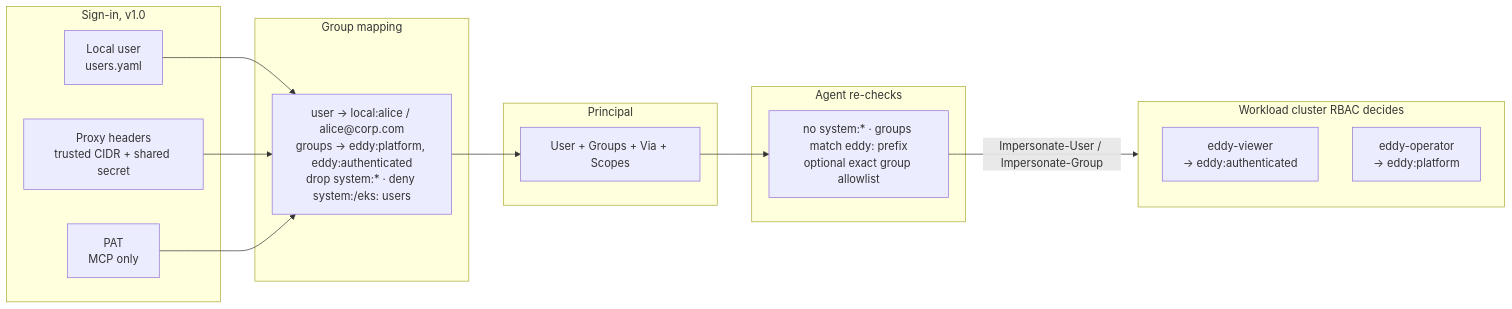
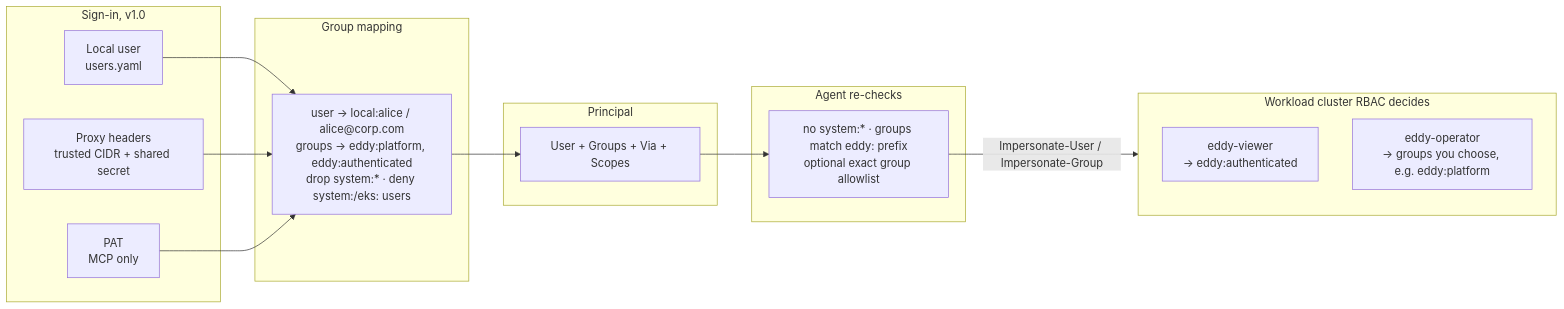
Before and after one commit to idestis/eddy: the fourth of 10 diagrams in docs/architecture.md, drawn with Mermaid. The commit also changed 7 other files, not shown here.

````diff
--- a/docs/architecture.md
+++ b/docs/architecture.md
@@ -148,25 +148,25 @@
 ```mermaid
 flowchart LR
   subgraph IN[Sign-in, v1.0]
     L[Local user<br/>users.yaml]
     P[Proxy headers<br/>trusted CIDR + shared secret]
     T[PAT<br/>MCP only]
   end
   subgraph MAP[Group mapping]
     M["user → local:alice / alice@corp.com<br/>groups → eddy:platform, eddy:authenticated<br/>drop system:* · deny system:/eks: users"]
   end
   subgraph PR[Principal]
     PP["User + Groups + Via + Scopes"]
   end
   subgraph AGT[Agent re-checks]
     C["no system:* · groups match eddy: prefix<br/>optional exact group allowlist"]
   end
   subgraph RBAC[Workload cluster RBAC decides]
     V[eddy-viewer<br/>→ eddy:authenticated]
-    O[eddy-operator<br/>→ eddy:platform]
+    O[eddy-operator<br/>→ groups you choose, e.g. eddy:platform]
   end
   L --> M
   P --> M
   T --> M
   M --> PP --> C -- Impersonate-User / Impersonate-Group --> RBAC
 ```
````
